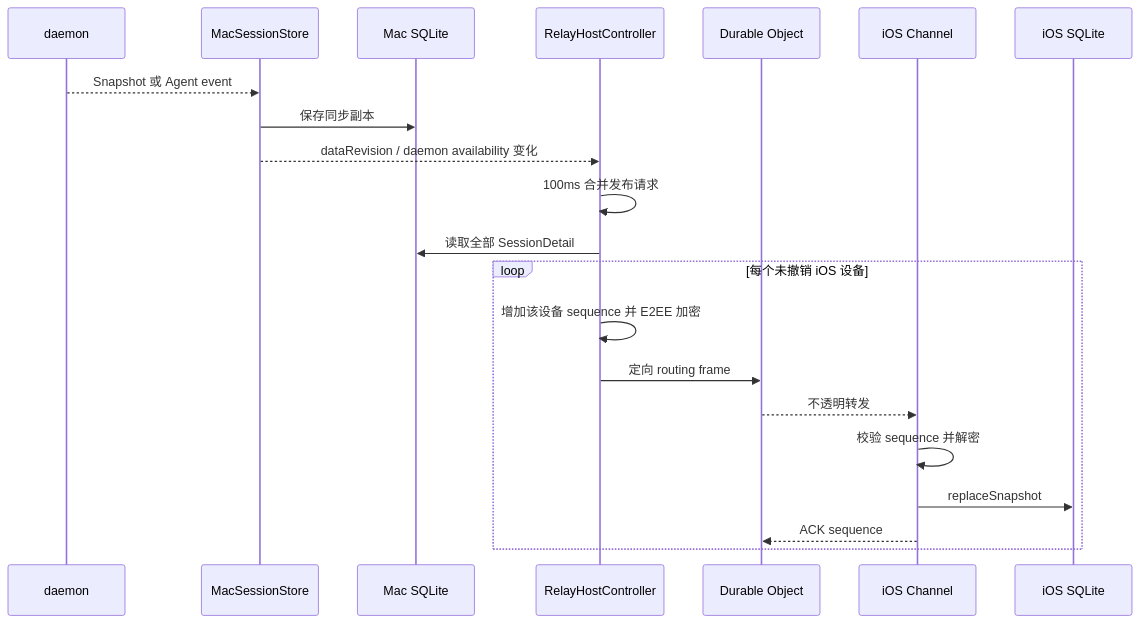
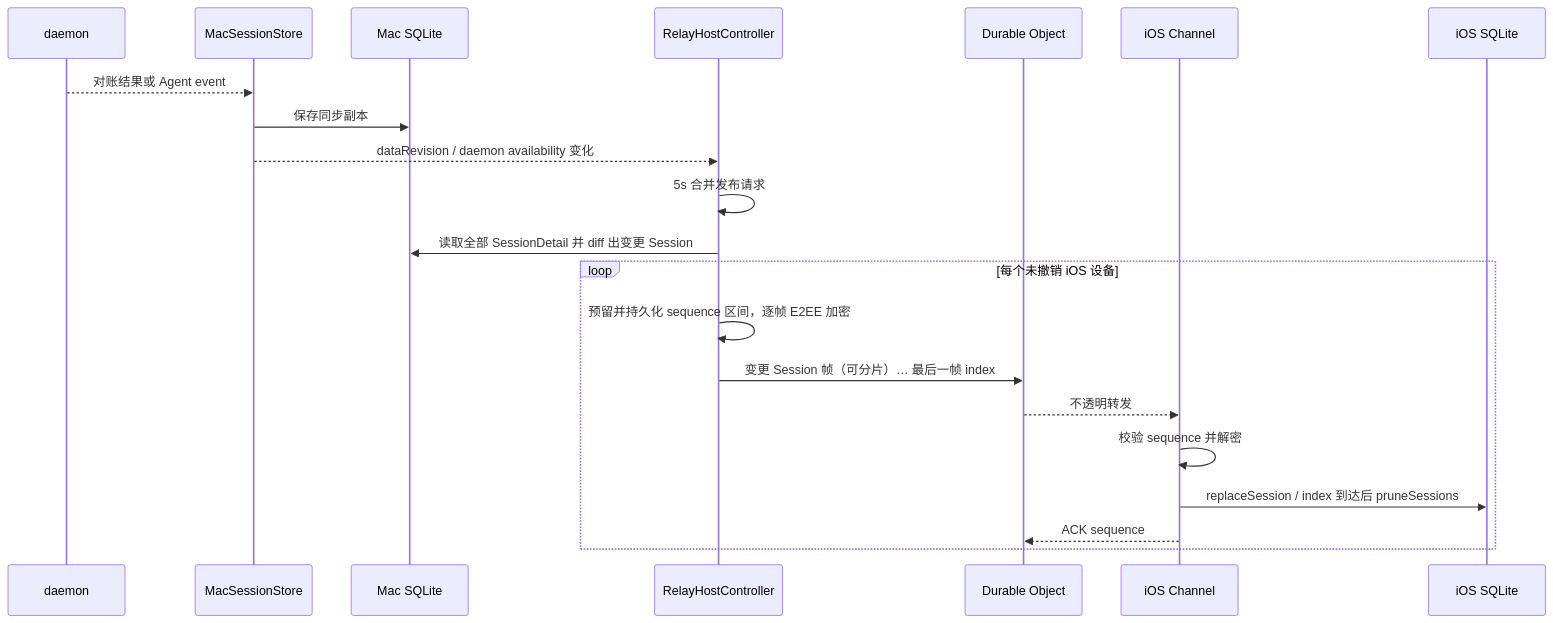
The second of 2 diagrams in docs/design/data-communication-storage.md (AFutureD/Lumi), drawn with Mermaid before and after one commit. The commit also changed other lines of this file and 38 other files, not shown here.

First line of the commit message:
feat: session-granular sync (drop snapshot_sessions), Notch-only archive, Claude transcript watcher

````diff
--- a/docs/design/data-communication-storage.md
+++ b/docs/design/data-communication-storage.md
@@ -137,24 +138,24 @@
 ```mermaid
 sequenceDiagram
     participant D as daemon
     participant M as MacSessionStore
     participant MDB as Mac SQLite
     participant H as RelayHostController
     participant R as Durable Object
     participant I as iOS Channel
     participant IDB as iOS SQLite
 
-    D-->>M: Snapshot 或 Agent event
+    D-->>M: 对账结果或 Agent event
     M->>MDB: 保存同步副本
     M-->>H: dataRevision / daemon availability 变化
-    H->>H: 100ms 合并发布请求
-    H->>MDB: 读取全部 SessionDetail
+    H->>H: 5s 合并发布请求
+    H->>MDB: 读取全部 SessionDetail 并 diff 出变更 Session
     loop 每个未撤销 iOS 设备
-        H->>H: 增加该设备 sequence 并 E2EE 加密
-        H->>R: 定向 routing frame
+        H->>H: 预留并持久化 sequence 区间，逐帧 E2EE 加密
+        H->>R: 变更 Session 帧（可分片）… 最后一帧 index
         R-->>I: 不透明转发
         I->>I: 校验 sequence 并解密
-        I->>IDB: replaceSnapshot
+        I->>IDB: replaceSession / index 到达后 pruneSessions
         I-->>R: ACK sequence
     end
 ```
````
